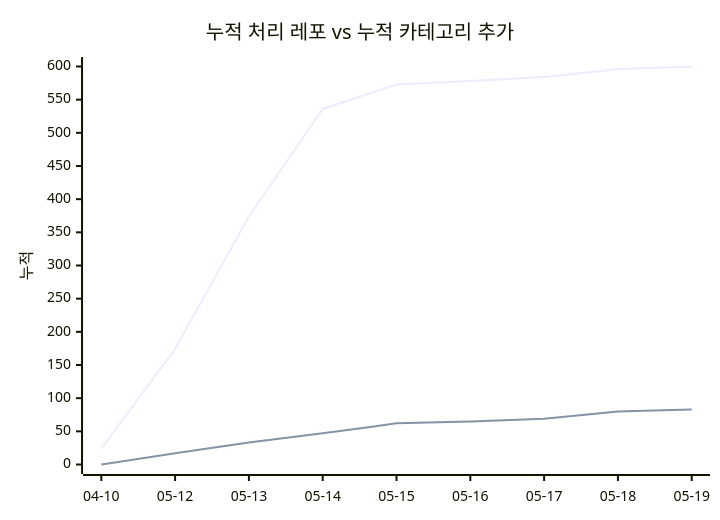
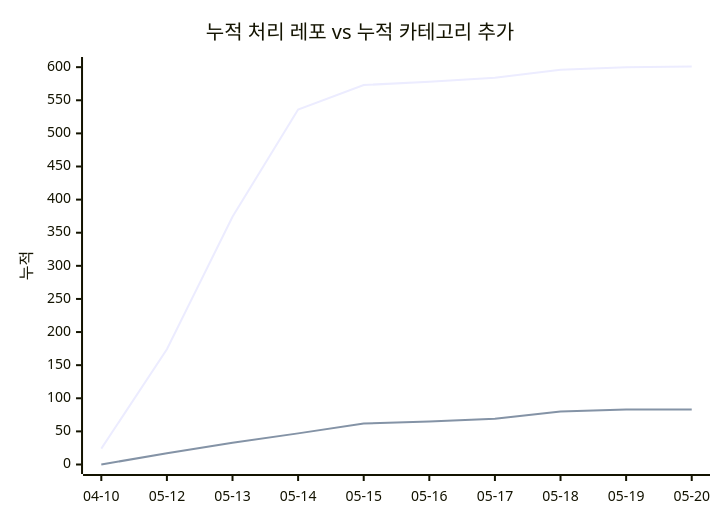
The second of 2 diagrams in docs/trends.md (J-nowcow/awesome-korean-agent-skills), drawn with Mermaid before and after one commit. The commit also changed other lines of this file and 2 other files, not shown here.

````diff
--- a/docs/trends.md
+++ b/docs/trends.md
@@ -63,8 +64,8 @@
 ```mermaid
 xychart-beta
     title "누적 처리 레포 vs 누적 카테고리 추가"
-    x-axis ["04-10","05-12","05-13","05-14","05-15","05-16","05-17","05-18","05-19"]
+    x-axis ["04-10","05-12","05-13","05-14","05-15","05-16","05-17","05-18","05-19","05-20"]
     y-axis "누적"
-    line [24,174,374,536,573,578,584,596,600]
-    line [0,17,33,47,62,65,69,80,83]
+    line [24,174,374,536,573,578,584,596,600,601]
+    line [0,17,33,47,62,65,69,80,83,83]
 ```
````
